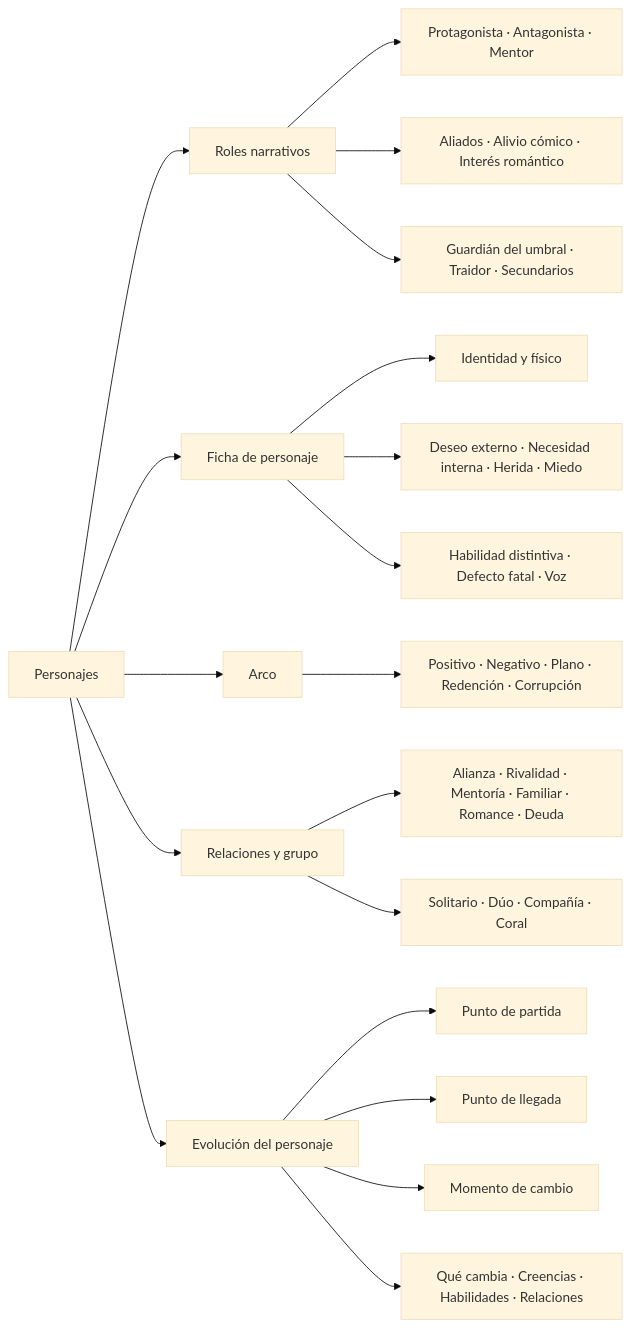
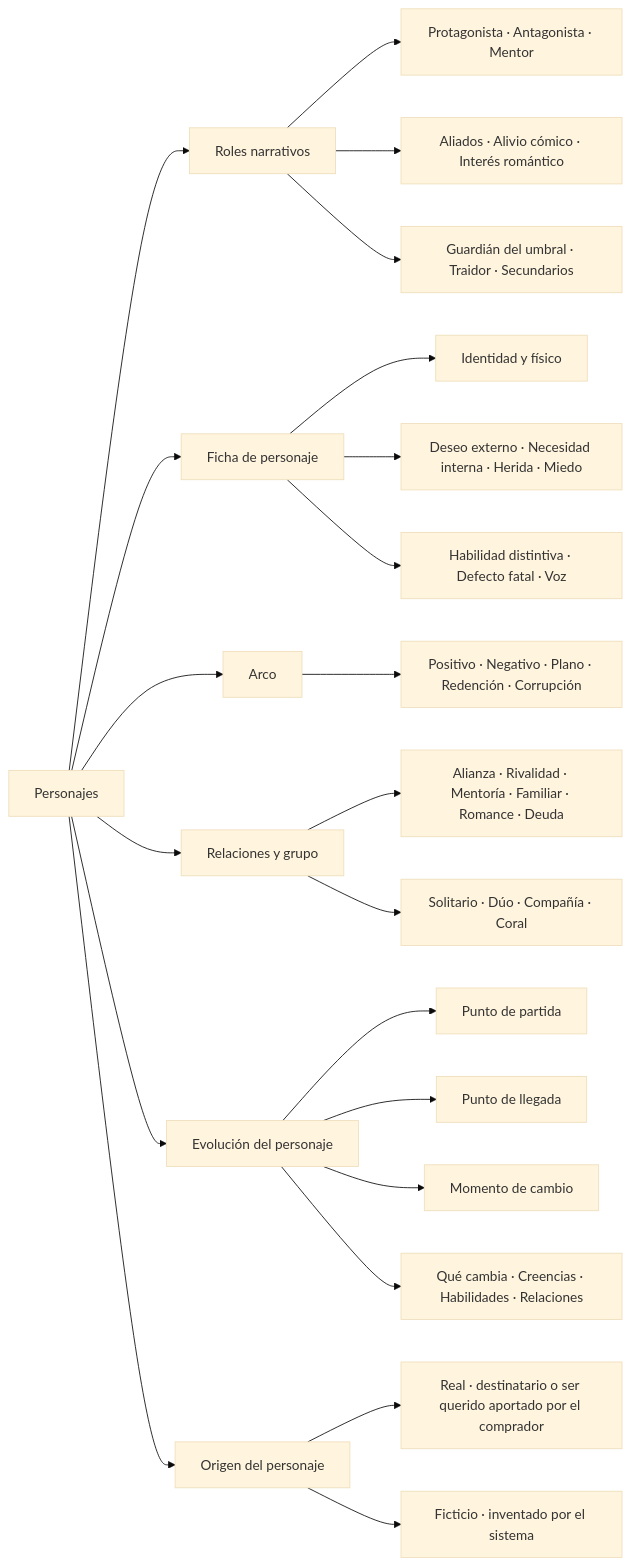
The fifth of 11 diagrams in docs/domain-knowledge.md (Asieribarz/my-story-marker), drawn with Mermaid (base theme) before and after one commit. The commit also changed other lines of this file and 6 other files, not shown here.

````diff
--- a/docs/domain-knowledge.md
+++ b/docs/domain-knowledge.md
@@ -103,26 +105,30 @@
 ```mermaid
 flowchart LR
   P["Personajes"] --> P1["Roles narrativos"]
   P --> P2["Ficha de personaje"]
   P --> P3["Arco"]
   P --> P4["Relaciones y grupo"]
   P --> P5["Evolución del personaje"]
+  P --> P6["Origen del personaje"]
 
   P1 --> P1a["Protagonista · Antagonista · Mentor"]
   P1 --> P1b["Aliados · Alivio cómico · Interés romántico"]
   P1 --> P1c["Guardián del umbral · Traidor · Secundarios"]
 
   P2 --> P2a["Identidad y físico"]
   P2 --> P2b["Deseo externo · Necesidad interna · Herida · Miedo"]
   P2 --> P2c["Habilidad distintiva · Defecto fatal · Voz"]
 
   P3 --> P3a["Positivo · Negativo · Plano · Redención · Corrupción"]
 
   P4 --> P4a["Alianza · Rivalidad · Mentoría · Familiar · Romance · Deuda"]
   P4 --> P4b["Solitario · Dúo · Compañía · Coral"]
 
   P5 --> P5a["Punto de partida"]
   P5 --> P5b["Punto de llegada"]
   P5 --> P5c["Momento de cambio"]
   P5 --> P5d["Qué cambia · Creencias · Habilidades · Relaciones"]
+
+  P6 --> P6a["Real · destinatario o ser querido aportado por el comprador"]
+  P6 --> P6b["Ficticio · inventado por el sistema"]
 ```
````
